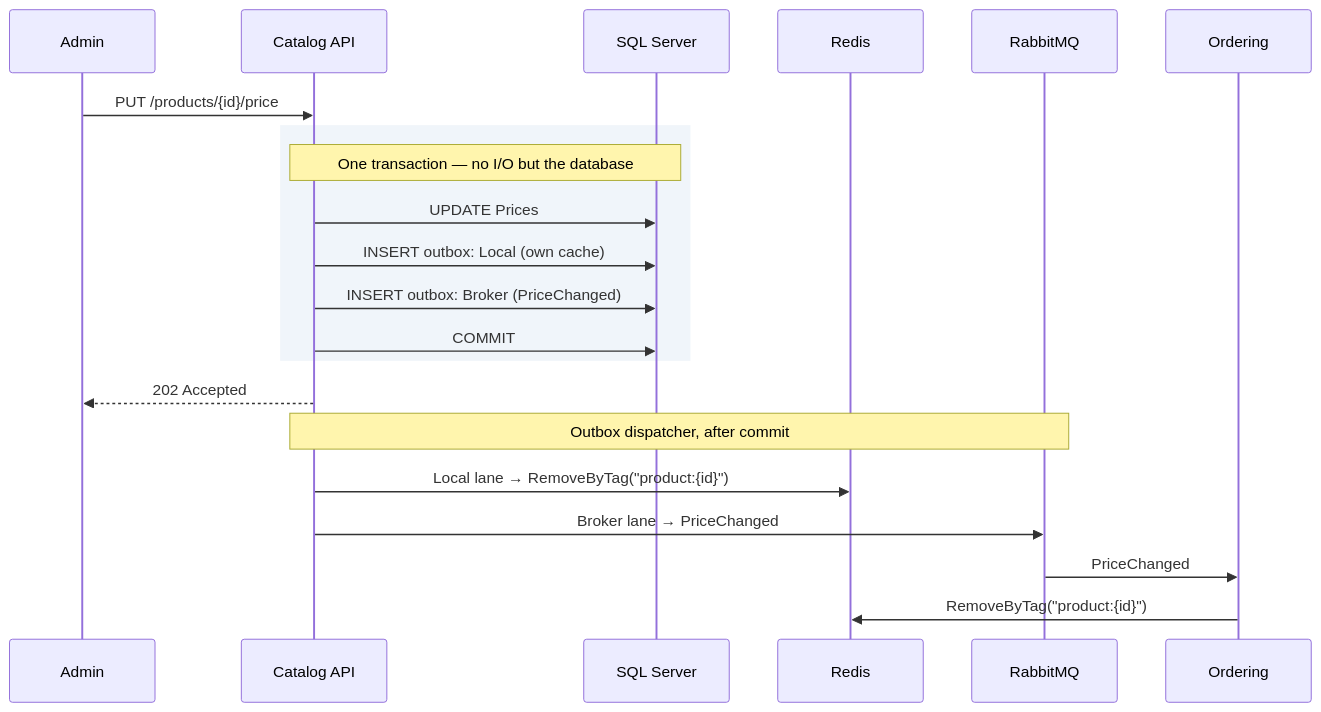
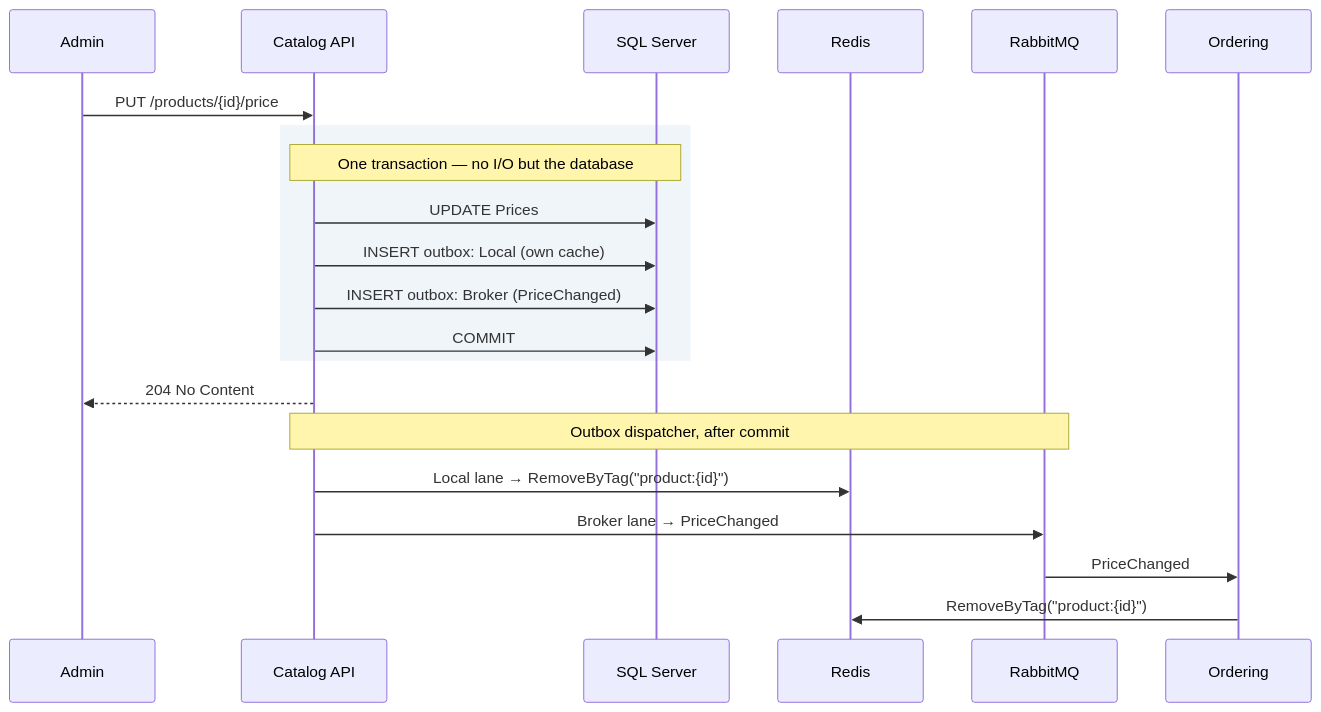
The diagram in docs/backend-architecture/08-caching-redis.md (alexander-shamray/dotnet-ddd-blueprint), drawn with Mermaid before and after one commit.

Commit message:
fix: a committed price update returns 204, not 202
§8.4's invalidation diagram had Catalog answer `PUT /products/{id}/price` with
202 Accepted. Nothing can produce that any more, and nothing should: §10.5 puts
the status of every endpoint in one place, and a command returning `Result`
gets 204 from `ToHttpResult()`. An endpoint reaching past the helper to send
202 would be the exact decision `ErrorType` exists to take away from it.

202 was also the wrong answer on its own terms. It promises the caller that
processing has not finished — but the price *has* been written and the
transaction committed by the time the response is sent. What happens afterwards
is the outbox draining two lanes, which is durability rather than pending work,
and there is nothing for a client to poll.

Found while building PR-03, and reported here rather than in that commit so
the argument survives in the log.

````diff
--- a/docs/backend-architecture/08-caching-redis.md
+++ b/docs/backend-architecture/08-caching-redis.md
@@ -173,25 +173,25 @@
 ```mermaid
 sequenceDiagram
     participant A as Admin
     participant C as Catalog API
     participant DB as SQL Server
     participant R as Redis
     participant MQ as RabbitMQ
     participant O as Ordering
 
     A->>C: PUT /products/{id}/price
     rect rgb(240, 245, 250)
     Note over C,DB: One transaction — no I/O but the database
     C->>DB: UPDATE Prices
     C->>DB: INSERT outbox: Local (own cache)
     C->>DB: INSERT outbox: Broker (PriceChanged)
     C->>DB: COMMIT
     end
-    C-->>A: 202 Accepted
+    C-->>A: 204 No Content
 
     Note over C,MQ: Outbox dispatcher, after commit
     C->>R: Local lane → RemoveByTag("product:{id}")
     C->>MQ: Broker lane → PriceChanged
     MQ->>O: PriceChanged
     O->>R: RemoveByTag("product:{id}")
 ```
````
